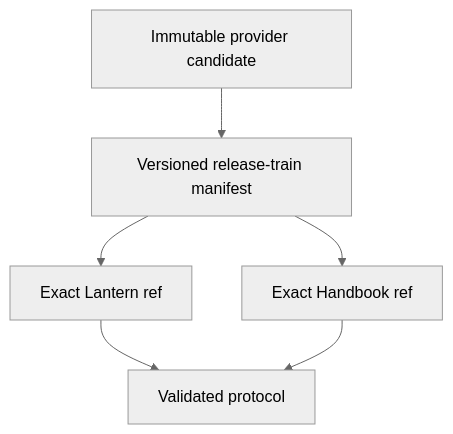
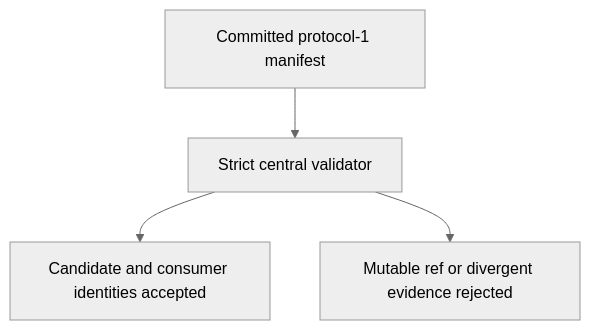
Before and after one commit to RebelliousSmile/schema-pbta: the first of 2 diagrams in aidd_docs/tasks/2026_09/2026_09_22_cross_repo_release_train/phase-1.md, drawn with Mermaid (neutral theme). The commit also changed other lines of this file and 9 other files, not shown here.

Commit message:
feat(release-train): define protocol-1 evidence

````diff
--- a/aidd_docs/tasks/2026_09/2026_09_22_cross_repo_release_train/phase-1.md
+++ b/aidd_docs/tasks/2026_09/2026_09_22_cross_repo_release_train/phase-1.md
@@ -23,8 +23,6 @@
 ```mermaid
 flowchart TD
-  A[Immutable provider candidate] --> B[Versioned release-train manifest]
-  B --> C[Exact Lantern ref]
-  B --> D[Exact Handbook ref]
-  C --> E[Validated protocol]
-  D --> E
+  A[Committed protocol-1 manifest] --> B[Strict central validator]
+  B --> C[Candidate and consumer identities accepted]
+  B --> D[Mutable ref or divergent evidence rejected]
 ```
````
